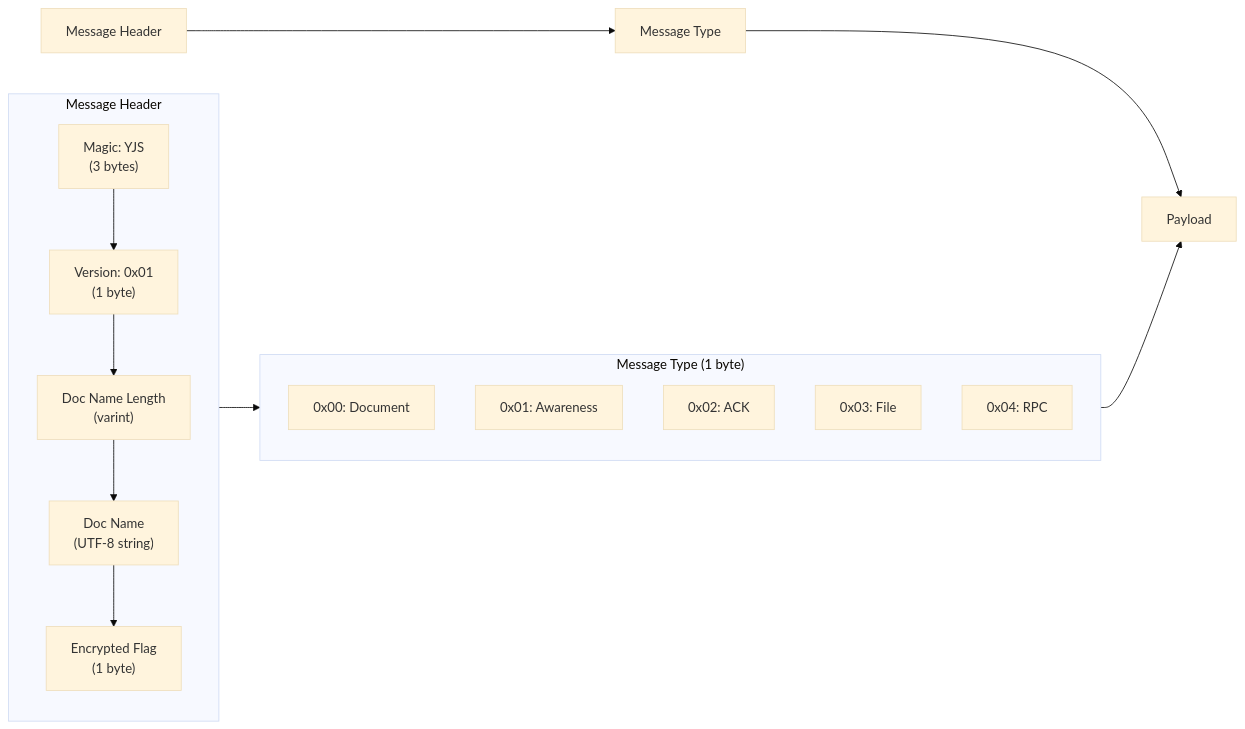
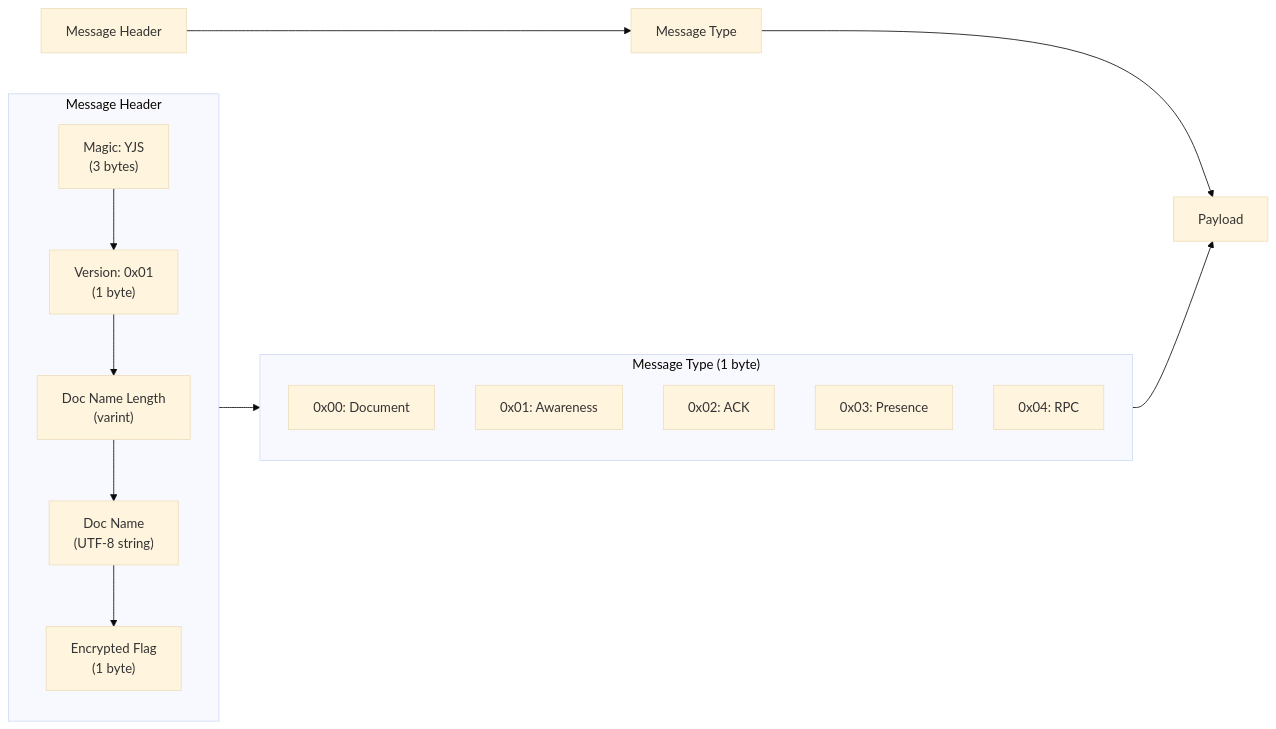
The first of 19 diagrams in docs/src/content/docs/advanced/protocol.mdx (nperez0111/teleportal), drawn with Mermaid (base theme) before and after one commit. The commit also changed other lines of this file and 282 other files, not shown here.

````diff
--- a/docs/src/content/docs/advanced/protocol.mdx
+++ b/docs/src/content/docs/advanced/protocol.mdx
@@ -27,25 +27,25 @@
 ```mermaid
 graph LR
     A[Message Header] --> B[Message Type]
     B --> C[Payload]
 
     subgraph Header["Message Header"]
         H1["Magic: YJS<br/>(3 bytes)"]
         H2["Version: 0x01<br/>(1 byte)"]
         H3["Doc Name Length<br/>(varint)"]
         H4["Doc Name<br/>(UTF-8 string)"]
         H5["Encrypted Flag<br/>(1 byte)"]
         H1 --> H2 --> H3 --> H4 --> H5
     end
 
     subgraph Type["Message Type (1 byte)"]
         T1["0x00: Document"]
         T2["0x01: Awareness"]
         T3["0x02: ACK"]
-        T4["0x03: File"]
+        T4["0x03: Presence"]
         T5["0x04: RPC"]
     end
 
     Header --> Type
     Type --> C
 ```
````
